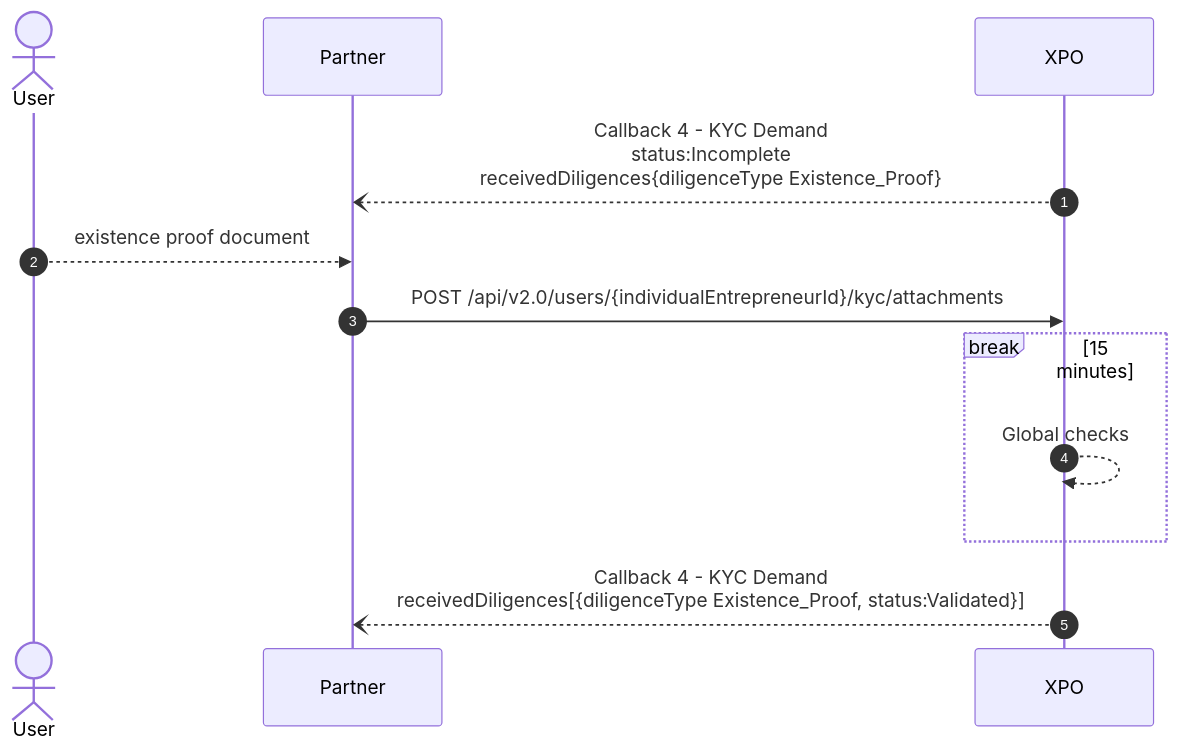
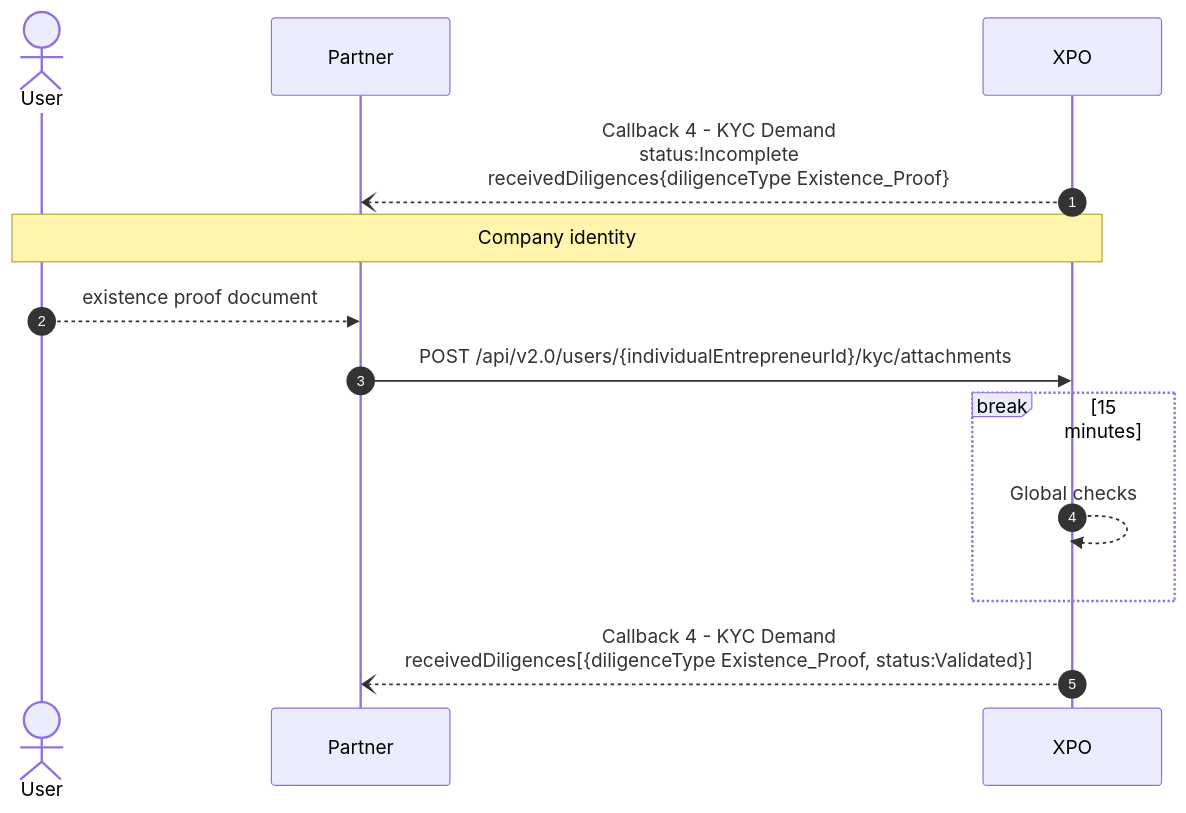
Before and after one commit to pomme-clic/s-money-documentation: the eighth of 12 diagrams in docs/usecases/individual_entrepreneur/individual_entrepreneur_KYB.md, drawn with Mermaid. The commit also changed other lines of this file, not shown here.

````diff
--- a/docs/usecases/individual_entrepreneur/individual_entrepreneur_KYB.md
+++ b/docs/usecases/individual_entrepreneur/individual_entrepreneur_KYB.md
@@ -320,19 +317,20 @@
 ```mermaid
 sequenceDiagram
 autoNumber
 Actor User
 Participant Partner
 Participant XPO
 
 XPO --) Partner : Callback 4 - KYC Demand<br/>status:Incomplete <br/>receivedDiligences{diligenceType Existence_Proof}
 
+Note over User, XPO: Company identity
 User -->> Partner: existence proof document
 Partner ->> XPO: POST /api/v2.0/users/{individualEntrepreneurId}/kyc/attachments
 
 break 15 minutes
 	XPO -->> XPO: Global checks
 end
 
 XPO --) Partner : Callback 4 - KYC Demand<br/>receivedDiligences[{diligenceType Existence_Proof, status:Validated}]
 
 ```
````
